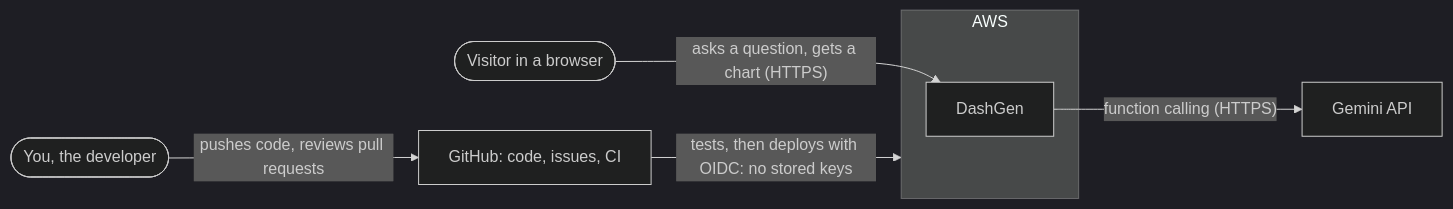
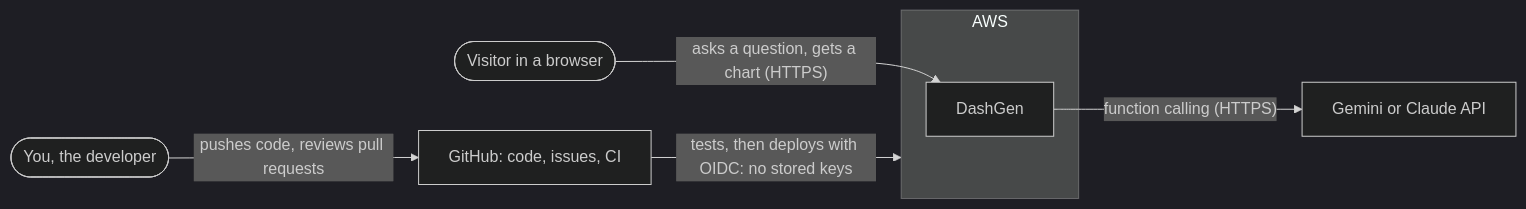
Before and after one commit to vovadyach/dashgen: the first of 8 diagrams in docs/design.md, drawn with Mermaid (dark theme). The commit also changed other lines of this file and 46 other files, not shown here.

Commit message:
feat: AI_MODEL picks Gemini or Claude Haiku 5.5, with a Claude adapter on Anthropic's SDK

````diff
--- a/docs/design.md
+++ b/docs/design.md
@@ -98,16 +98,16 @@
 ```mermaid
 flowchart LR
     visitor(["Visitor in a browser"])
     you(["You, the developer"])
-    gemini["Gemini API"]
+    model["Gemini or Claude API"]
     github["GitHub: code, issues, CI"]
 
     subgraph aws ["AWS"]
         dashgen["DashGen"]
     end
 
     visitor -->|"asks a question, gets a chart (HTTPS)"| dashgen
-    dashgen -->|"function calling (HTTPS)"| gemini
+    dashgen -->|"function calling (HTTPS)"| model
     you -->|"pushes code, reviews pull requests"| github
     github -->|"tests, then deploys with OIDC: no stored keys"| aws
 ```
````
